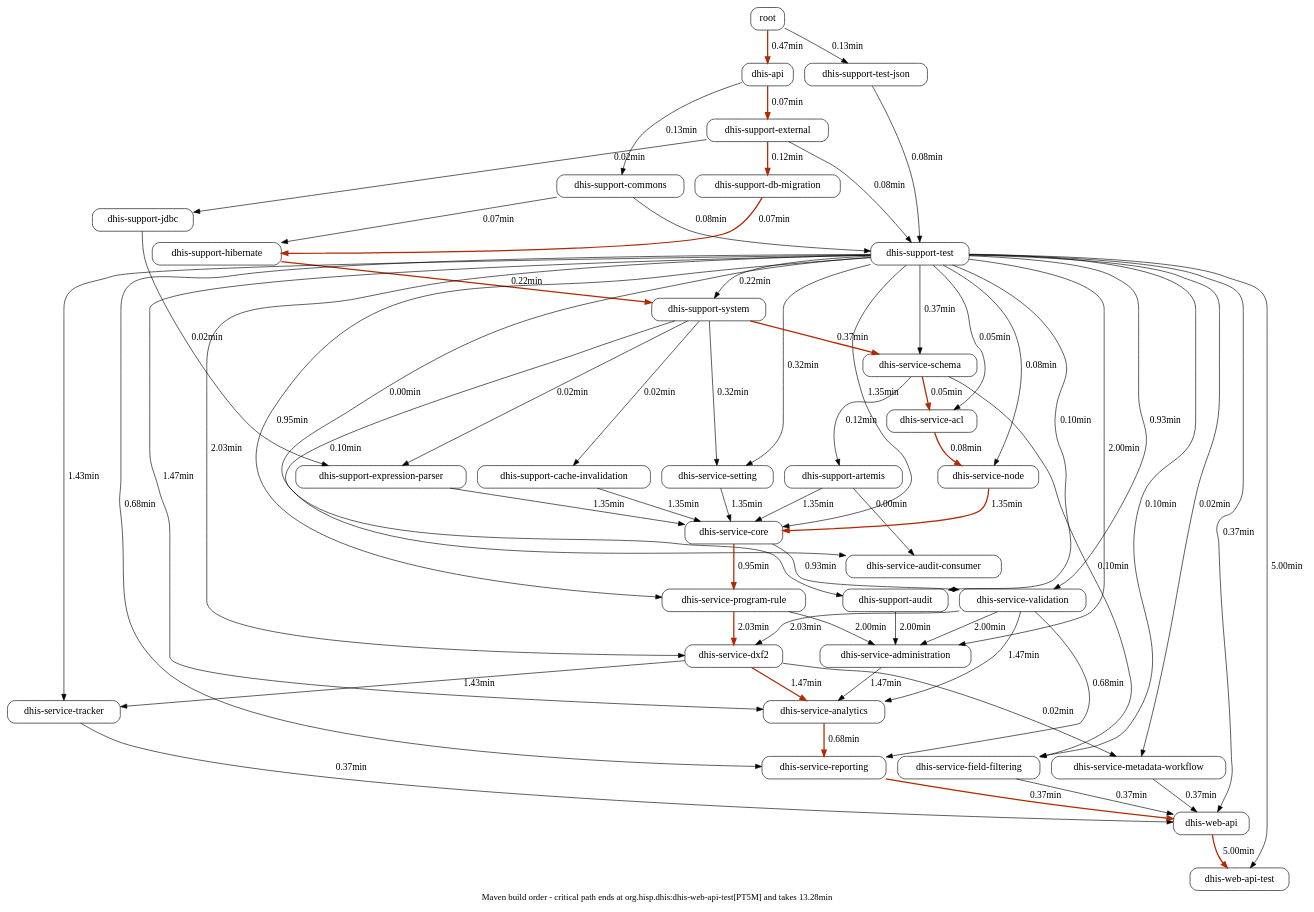
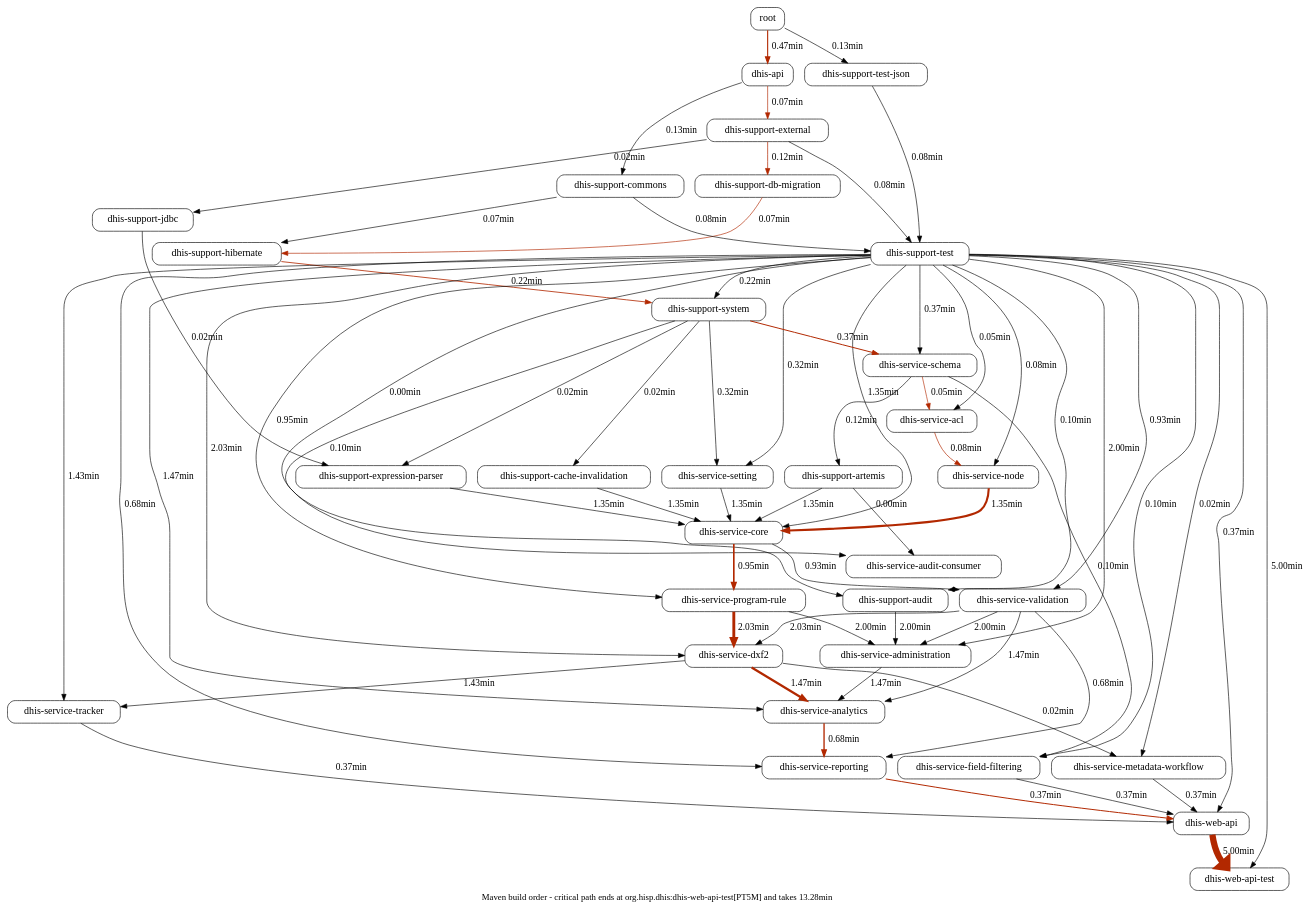
The diagram in example/critical_path.dot (teleivo/critic), drawn with Graphviz before and after one commit. The commit also changed 2 other files, not shown here.

Commit message:
feat: scale penwidth according to normalized build duration

```diff
--- a/example/critical_path.dot
+++ b/example/critical_path.dot
@@ -31,26 +31,26 @@
   "org.hisp.dhis:dhis-web-api[PT22.574S]" [ label="dhis-web-api" fontsize="16" shape="box" style="rounded" ];
   "org.hisp.dhis:dhis-web-api-test[PT5M]" [ label="dhis-web-api-test" fontsize="16" shape="box" style="rounded" ];
   "root:root" [ label="root" fontsize="16" shape="box" style="rounded" ];
-  "org.hisp.dhis:dhis-api[PT28.181S]" -> "org.hisp.dhis:dhis-support-external[PT4.517S]" [ penwidth="2" color="#b22800" weight="4.0" fontsize="15" label="0.07min" ];
-  "org.hisp.dhis:dhis-support-external[PT4.517S]" -> "org.hisp.dhis:dhis-support-db-migration[PT7.724S]" [ penwidth="2" color="#b22800" weight="7.0" fontsize="15" label="0.12min" ];
+  "org.hisp.dhis:dhis-api[PT28.181S]" -> "org.hisp.dhis:dhis-support-external[PT4.517S]" [ penwidth="1.0303030303030303" color="#b22800" weight="4.0" fontsize="15" label="0.07min" ];
+  "org.hisp.dhis:dhis-support-external[PT4.517S]" -> "org.hisp.dhis:dhis-support-db-migration[PT7.724S]" [ penwidth="1.121212121212121" color="#b22800" weight="7.0" fontsize="15" label="0.12min" ];
   "org.hisp.dhis:dhis-api[PT28.181S]" -> "org.hisp.dhis:dhis-support-commons[PT8.266S]" [ weight="8.0" fontsize="15" label="0.13min" ];
-  "org.hisp.dhis:dhis-support-db-migration[PT7.724S]" -> "org.hisp.dhis:dhis-support-hibernate[PT4.455S]" [ penwidth="2" color="#b22800" weight="4.0" fontsize="15" label="0.07min" ];
+  "org.hisp.dhis:dhis-support-db-migration[PT7.724S]" -> "org.hisp.dhis:dhis-support-hibernate[PT4.455S]" [ penwidth="1.0303030303030303" color="#b22800" weight="4.0" fontsize="15" label="0.07min" ];
   "org.hisp.dhis:dhis-support-commons[PT8.266S]" -> "org.hisp.dhis:dhis-support-hibernate[PT4.455S]" [ weight="4.0" fontsize="15" label="0.07min" ];
   "org.hisp.dhis:dhis-support-test-json[PT8S]" -> "org.hisp.dhis:dhis-support-test[PT5.31S]" [ weight="5.0" fontsize="15" label="0.08min" ];
   "org.hisp.dhis:dhis-support-external[PT4.517S]" -> "org.hisp.dhis:dhis-support-test[PT5.31S]" [ weight="5.0" fontsize="15" label="0.08min" ];
   "org.hisp.dhis:dhis-support-commons[PT8.266S]" -> "org.hisp.dhis:dhis-support-test[PT5.31S]" [ weight="5.0" fontsize="15" label="0.08min" ];
-  "org.hisp.dhis:dhis-support-hibernate[PT4.455S]" -> "org.hisp.dhis:dhis-support-system[PT13.35S]" [ penwidth="2" color="#b22800" weight="13.0" fontsize="15" label="0.22min" ];
+  "org.hisp.dhis:dhis-support-hibernate[PT4.455S]" -> "org.hisp.dhis:dhis-support-system[PT13.35S]" [ penwidth="1.303030303030303" color="#b22800" weight="13.0" fontsize="15" label="0.22min" ];
   "org.hisp.dhis:dhis-support-test[PT5.31S]" -> "org.hisp.dhis:dhis-support-system[PT13.35S]" [ weight="13.0" fontsize="15" label="0.22min" ];
   "org.hisp.dhis:dhis-support-test[PT5.31S]" -> "org.hisp.dhis:dhis-service-schema[PT22.382S]" [ weight="22.0" fontsize="15" label="0.37min" ];
-  "org.hisp.dhis:dhis-support-system[PT13.35S]" -> "org.hisp.dhis:dhis-service-schema[PT22.382S]" [ penwidth="2" color="#b22800" weight="22.0" fontsize="15" label="0.37min" ];
+  "org.hisp.dhis:dhis-support-system[PT13.35S]" -> "org.hisp.dhis:dhis-service-schema[PT22.382S]" [ penwidth="1.5757575757575757" color="#b22800" weight="22.0" fontsize="15" label="0.37min" ];
   "org.hisp.dhis:dhis-support-test[PT5.31S]" -> "org.hisp.dhis:dhis-service-setting[PT19.548S]" [ weight="19.0" fontsize="15" label="0.32min" ];
   "org.hisp.dhis:dhis-support-system[PT13.35S]" -> "org.hisp.dhis:dhis-service-setting[PT19.548S]" [ weight="19.0" fontsize="15" label="0.32min" ];
-  "org.hisp.dhis:dhis-service-schema[PT22.382S]" -> "org.hisp.dhis:dhis-service-acl[PT3.713S]" [ penwidth="2" color="#b22800" weight="3.0" fontsize="15" label="0.05min" ];
+  "org.hisp.dhis:dhis-service-schema[PT22.382S]" -> "org.hisp.dhis:dhis-service-acl[PT3.713S]" [ penwidth="1.0" color="#b22800" weight="3.0" fontsize="15" label="0.05min" ];
   "org.hisp.dhis:dhis-support-test[PT5.31S]" -> "org.hisp.dhis:dhis-service-acl[PT3.713S]" [ weight="3.0" fontsize="15" label="0.05min" ];
   "org.hisp.dhis:dhis-service-schema[PT22.382S]" -> "org.hisp.dhis:dhis-support-artemis[PT7.749S]" [ weight="7.0" fontsize="15" label="0.12min" ];
   "org.hisp.dhis:dhis-support-artemis[PT7.749S]" -> "org.hisp.dhis:dhis-service-audit-consumer[PT0.782S]" [ weight="0.0" fontsize="15" label="0.00min" ];
   "org.hisp.dhis:dhis-support-test[PT5.31S]" -> "org.hisp.dhis:dhis-service-audit-consumer[PT0.782S]" [ weight="0.0" fontsize="15" label="0.00min" ];
-  "org.hisp.dhis:dhis-service-acl[PT3.713S]" -> "org.hisp.dhis:dhis-service-node[PT5.252S]" [ penwidth="2" color="#b22800" weight="5.0" fontsize="15" label="0.08min" ];
+  "org.hisp.dhis:dhis-service-acl[PT3.713S]" -> "org.hisp.dhis:dhis-service-node[PT5.252S]" [ penwidth="1.0606060606060606" color="#b22800" weight="5.0" fontsize="15" label="0.08min" ];
   "org.hisp.dhis:dhis-support-test[PT5.31S]" -> "org.hisp.dhis:dhis-service-node[PT5.252S]" [ weight="5.0" fontsize="15" label="0.08min" ];
   "org.hisp.dhis:dhis-service-schema[PT22.382S]" -> "org.hisp.dhis:dhis-service-field-filtering[PT6.054S]" [ weight="6.0" fontsize="15" label="0.10min" ];
   "org.hisp.dhis:dhis-support-test[PT5.31S]" -> "org.hisp.dhis:dhis-service-field-filtering[PT6.054S]" [ weight="6.0" fontsize="15" label="0.10min" ];
@@ -59,14 +59,14 @@
   "org.hisp.dhis:dhis-support-system[PT13.35S]" -> "org.hisp.dhis:dhis-support-expression-parser[PT1.916S]" [ weight="1.0" fontsize="15" label="0.02min" ];
   "org.hisp.dhis:dhis-support-system[PT13.35S]" -> "org.hisp.dhis:dhis-support-cache-invalidation[PT1.729S]" [ weight="1.0" fontsize="15" label="0.02min" ];
   "org.hisp.dhis:dhis-service-setting[PT19.548S]" -> "org.hisp.dhis:dhis-service-core[PT1M21S]" [ weight="81.0" fontsize="15" label="1.35min" ];
-  "org.hisp.dhis:dhis-service-node[PT5.252S]" -> "org.hisp.dhis:dhis-service-core[PT1M21S]" [ penwidth="2" color="#b22800" weight="81.0" fontsize="15" label="1.35min" ];
+  "org.hisp.dhis:dhis-service-node[PT5.252S]" -> "org.hisp.dhis:dhis-service-core[PT1M21S]" [ penwidth="3.3636363636363638" color="#b22800" weight="81.0" fontsize="15" label="1.35min" ];
   "org.hisp.dhis:dhis-support-expression-parser[PT1.916S]" -> "org.hisp.dhis:dhis-service-core[PT1M21S]" [ weight="81.0" fontsize="15" label="1.35min" ];
   "org.hisp.dhis:dhis-support-artemis[PT7.749S]" -> "org.hisp.dhis:dhis-service-core[PT1M21S]" [ weight="81.0" fontsize="15" label="1.35min" ];
   "org.hisp.dhis:dhis-support-cache-invalidation[PT1.729S]" -> "org.hisp.dhis:dhis-service-core[PT1M21S]" [ weight="81.0" fontsize="15" label="1.35min" ];
   "org.hisp.dhis:dhis-support-test[PT5.31S]" -> "org.hisp.dhis:dhis-service-core[PT1M21S]" [ weight="81.0" fontsize="15" label="1.35min" ];
   "org.hisp.dhis:dhis-service-core[PT1M21S]" -> "org.hisp.dhis:dhis-service-validation[PT56.792S]" [ weight="56.0" fontsize="15" label="0.93min" ];
   "org.hisp.dhis:dhis-support-test[PT5.31S]" -> "org.hisp.dhis:dhis-service-validation[PT56.792S]" [ weight="56.0" fontsize="15" label="0.93min" ];
-  "org.hisp.dhis:dhis-service-core[PT1M21S]" -> "org.hisp.dhis:dhis-service-program-rule[PT57.515S]" [ penwidth="2" color="#b22800" weight="57.0" fontsize="15" label="0.95min" ];
+  "org.hisp.dhis:dhis-service-core[PT1M21S]" -> "org.hisp.dhis:dhis-service-program-rule[PT57.515S]" [ penwidth="2.6363636363636367" color="#b22800" weight="57.0" fontsize="15" label="0.95min" ];
   "org.hisp.dhis:dhis-support-test[PT5.31S]" -> "org.hisp.dhis:dhis-service-program-rule[PT57.515S]" [ weight="57.0" fontsize="15" label="0.95min" ];
   "org.hisp.dhis:dhis-support-system[PT13.35S]" -> "org.hisp.dhis:dhis-support-audit[PT6.113S]" [ weight="6.0" fontsize="15" label="0.10min" ];
   "org.hisp.dhis:dhis-support-test[PT5.31S]" -> "org.hisp.dhis:dhis-support-audit[PT6.113S]" [ weight="6.0" fontsize="15" label="0.10min" ];
@@ -74,27 +74,27 @@
   "org.hisp.dhis:dhis-service-validation[PT56.792S]" -> "org.hisp.dhis:dhis-service-administration[PT2M]" [ weight="120.0" fontsize="15" label="2.00min" ];
   "org.hisp.dhis:dhis-support-audit[PT6.113S]" -> "org.hisp.dhis:dhis-service-administration[PT2M]" [ weight="120.0" fontsize="15" label="2.00min" ];
   "org.hisp.dhis:dhis-support-test[PT5.31S]" -> "org.hisp.dhis:dhis-service-administration[PT2M]" [ weight="120.0" fontsize="15" label="2.00min" ];
-  "org.hisp.dhis:dhis-service-program-rule[PT57.515S]" -> "org.hisp.dhis:dhis-service-dxf2[PT2M2S]" [ penwidth="2" color="#b22800" weight="122.0" fontsize="15" label="2.03min" ];
+  "org.hisp.dhis:dhis-service-program-rule[PT57.515S]" -> "org.hisp.dhis:dhis-service-dxf2[PT2M2S]" [ penwidth="4.6060606060606055" color="#b22800" weight="122.0" fontsize="15" label="2.03min" ];
   "org.hisp.dhis:dhis-support-test[PT5.31S]" -> "org.hisp.dhis:dhis-service-dxf2[PT2M2S]" [ weight="122.0" fontsize="15" label="2.03min" ];
   "org.hisp.dhis:dhis-service-validation[PT56.792S]" -> "org.hisp.dhis:dhis-service-dxf2[PT2M2S]" [ weight="122.0" fontsize="15" label="2.03min" ];
   "org.hisp.dhis:dhis-service-dxf2[PT2M2S]" -> "org.hisp.dhis:dhis-service-metadata-workflow[PT1.495S]" [ weight="1.0" fontsize="15" label="0.02min" ];
   "org.hisp.dhis:dhis-support-test[PT5.31S]" -> "org.hisp.dhis:dhis-service-metadata-workflow[PT1.495S]" [ weight="1.0" fontsize="15" label="0.02min" ];
-  "org.hisp.dhis:dhis-service-dxf2[PT2M2S]" -> "org.hisp.dhis:dhis-service-analytics[PT1M28S]" [ penwidth="2" color="#b22800" weight="88.0" fontsize="15" label="1.47min" ];
+  "org.hisp.dhis:dhis-service-dxf2[PT2M2S]" -> "org.hisp.dhis:dhis-service-analytics[PT1M28S]" [ penwidth="3.5757575757575757" color="#b22800" weight="88.0" fontsize="15" label="1.47min" ];
   "org.hisp.dhis:dhis-service-administration[PT2M]" -> "org.hisp.dhis:dhis-service-analytics[PT1M28S]" [ weight="88.0" fontsize="15" label="1.47min" ];
   "org.hisp.dhis:dhis-service-validation[PT56.792S]" -> "org.hisp.dhis:dhis-service-analytics[PT1M28S]" [ weight="88.0" fontsize="15" label="1.47min" ];
   "org.hisp.dhis:dhis-support-test[PT5.31S]" -> "org.hisp.dhis:dhis-service-analytics[PT1M28S]" [ weight="88.0" fontsize="15" label="1.47min" ];
   "org.hisp.dhis:dhis-service-dxf2[PT2M2S]" -> "org.hisp.dhis:dhis-service-tracker[PT1M26S]" [ weight="86.0" fontsize="15" label="1.43min" ];
   "org.hisp.dhis:dhis-support-test[PT5.31S]" -> "org.hisp.dhis:dhis-service-tracker[PT1M26S]" [ weight="86.0" fontsize="15" label="1.43min" ];
-  "org.hisp.dhis:dhis-service-analytics[PT1M28S]" -> "org.hisp.dhis:dhis-service-reporting[PT41.777S]" [ penwidth="2" color="#b22800" weight="41.0" fontsize="15" label="0.68min" ];
+  "org.hisp.dhis:dhis-service-analytics[PT1M28S]" -> "org.hisp.dhis:dhis-service-reporting[PT41.777S]" [ penwidth="2.1515151515151514" color="#b22800" weight="41.0" fontsize="15" label="0.68min" ];
   "org.hisp.dhis:dhis-service-validation[PT56.792S]" -> "org.hisp.dhis:dhis-service-reporting[PT41.777S]" [ weight="41.0" fontsize="15" label="0.68min" ];
   "org.hisp.dhis:dhis-support-test[PT5.31S]" -> "org.hisp.dhis:dhis-service-reporting[PT41.777S]" [ weight="41.0" fontsize="15" label="0.68min" ];
   "org.hisp.dhis:dhis-service-metadata-workflow[PT1.495S]" -> "org.hisp.dhis:dhis-web-api[PT22.574S]" [ weight="22.0" fontsize="15" label="0.37min" ];
-  "org.hisp.dhis:dhis-service-reporting[PT41.777S]" -> "org.hisp.dhis:dhis-web-api[PT22.574S]" [ penwidth="2" color="#b22800" weight="22.0" fontsize="15" label="0.37min" ];
+  "org.hisp.dhis:dhis-service-reporting[PT41.777S]" -> "org.hisp.dhis:dhis-web-api[PT22.574S]" [ penwidth="1.5757575757575757" color="#b22800" weight="22.0" fontsize="15" label="0.37min" ];
   "org.hisp.dhis:dhis-service-tracker[PT1M26S]" -> "org.hisp.dhis:dhis-web-api[PT22.574S]" [ weight="22.0" fontsize="15" label="0.37min" ];
   "org.hisp.dhis:dhis-service-field-filtering[PT6.054S]" -> "org.hisp.dhis:dhis-web-api[PT22.574S]" [ weight="22.0" fontsize="15" label="0.37min" ];
   "org.hisp.dhis:dhis-support-test[PT5.31S]" -> "org.hisp.dhis:dhis-web-api[PT22.574S]" [ weight="22.0" fontsize="15" label="0.37min" ];
-  "org.hisp.dhis:dhis-web-api[PT22.574S]" -> "org.hisp.dhis:dhis-web-api-test[PT5M]" [ penwidth="2" color="#b22800" weight="300.0" fontsize="15" label="5.00min" ];
+  "org.hisp.dhis:dhis-web-api[PT22.574S]" -> "org.hisp.dhis:dhis-web-api-test[PT5M]" [ penwidth="10.0" color="#b22800" weight="300.0" fontsize="15" label="5.00min" ];
   "org.hisp.dhis:dhis-support-test[PT5.31S]" -> "org.hisp.dhis:dhis-web-api-test[PT5M]" [ weight="300.0" fontsize="15" label="5.00min" ];
-  "root:root" -> "org.hisp.dhis:dhis-api[PT28.181S]" [ penwidth="2" color="#b22800" weight="28.0" fontsize="15" label="0.47min" ];
+  "root:root" -> "org.hisp.dhis:dhis-api[PT28.181S]" [ penwidth="1.7575757575757576" color="#b22800" weight="28.0" fontsize="15" label="0.47min" ];
   "root:root" -> "org.hisp.dhis:dhis-support-test-json[PT8S]" [ weight="8.0" fontsize="15" label="0.13min" ];
 }
```
